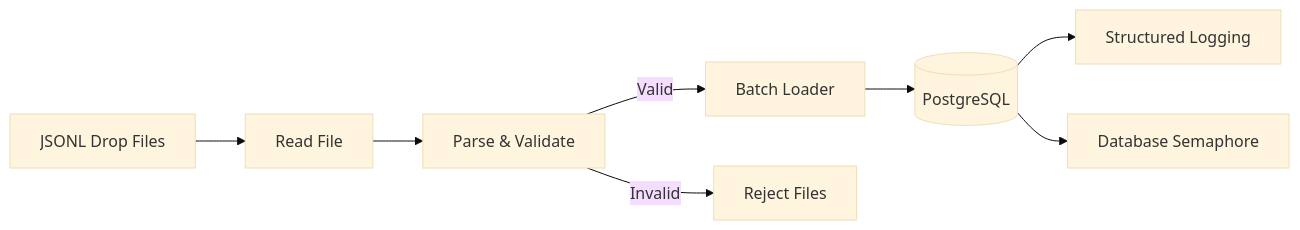
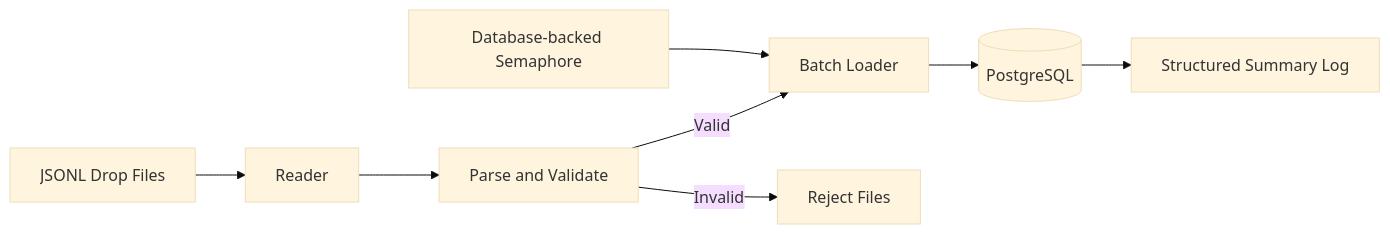
The diagram in README.md (YoniAfengar/trip-ingest), drawn with Mermaid (base theme) before and after one commit. The commit also changed other lines of this file, not shown here.

````diff
--- a/README.md
+++ b/README.md
@@ -26,18 +36,10 @@
 ```mermaid
 flowchart LR
-
-A[JSONL Drop Files]
---> B[Read File]
-
-B --> C[Parse & Validate]
-
-C -->|Valid| D[Batch Loader]
-
-D --> E[(PostgreSQL)]
-
-C -->|Invalid| F[Reject Files]
-
-E --> G[Structured Logging]
-
-E --> H[Database Semaphore]
+    A[JSONL Drop Files] --> B[Reader]
+    B --> C[Parse and Validate]
+    C -->|Valid| D[Batch Loader]
+    D --> E[(PostgreSQL)]
+    C -->|Invalid| F[Reject Files]
+    E --> G[Structured Summary Log]
+    H[Database-backed Semaphore] --> D
 ```
````
